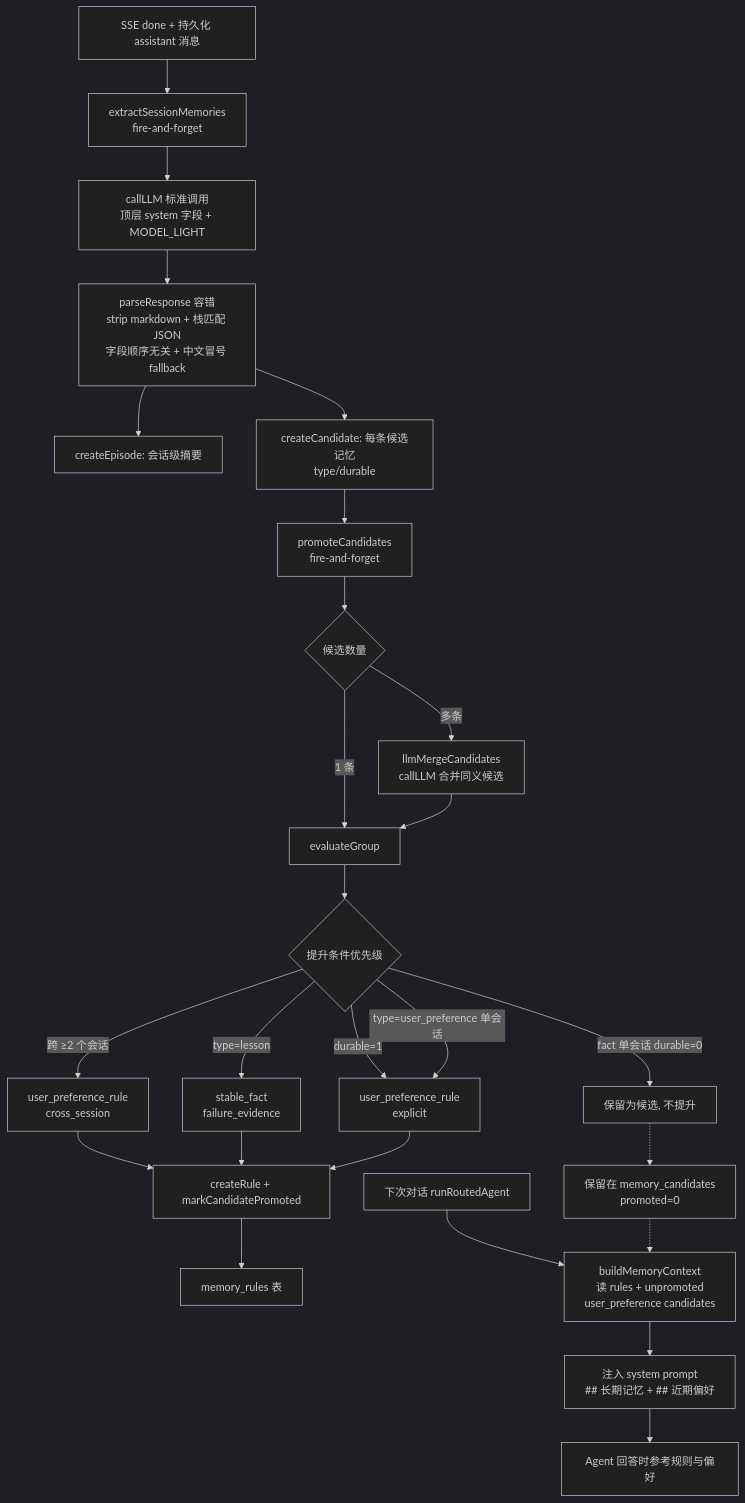
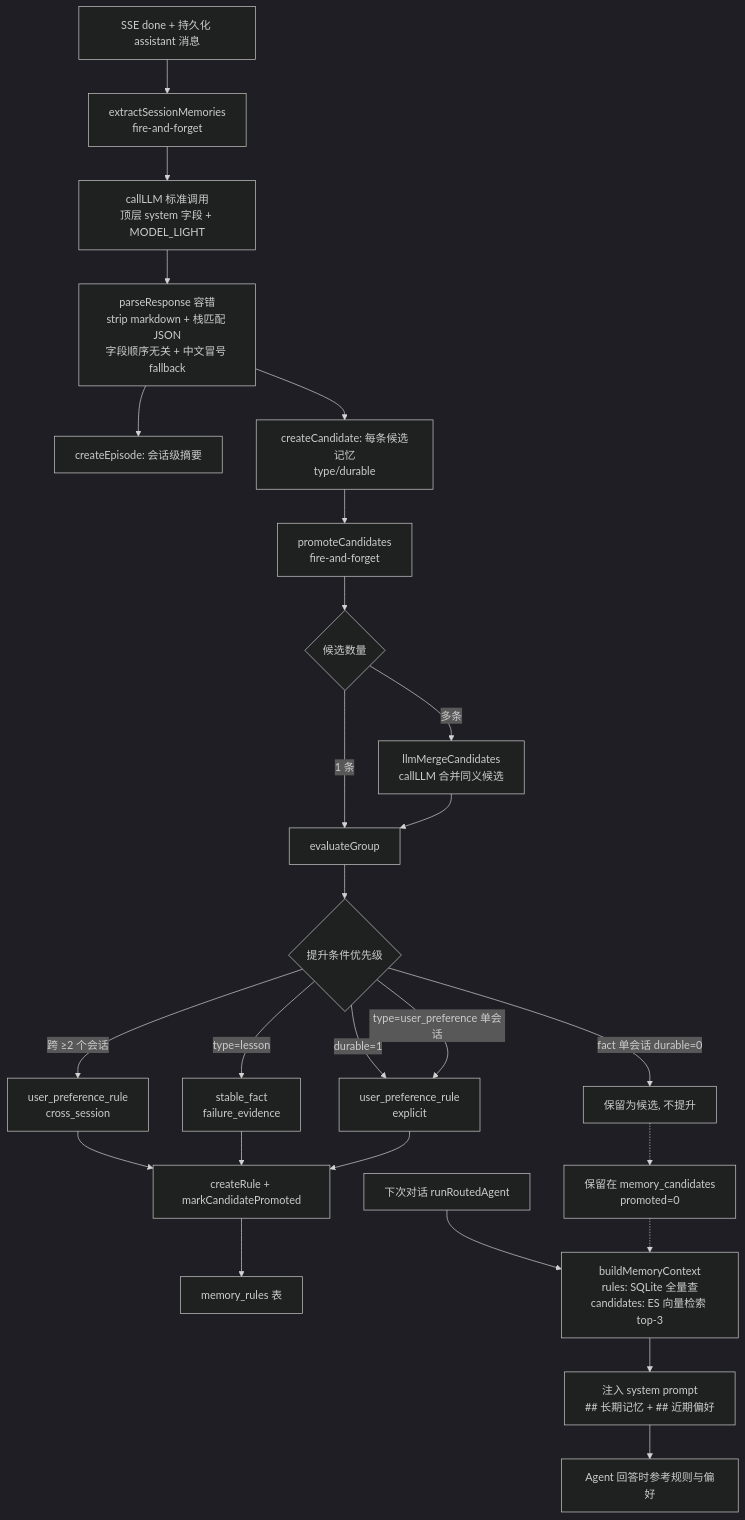
Before and after one commit to xiongaming879-create/agent: the fourth of 8 diagrams in README.md, drawn with Mermaid (dark theme). The commit also changed other lines of this file and 22 other files, not shown here.

````diff
--- a/README.md
+++ b/README.md
@@ -457,32 +453,32 @@
 ```mermaid
 flowchart TD
     A[SSE done + 持久化 assistant 消息] --> B[extractSessionMemories<br/>fire-and-forget]
     B --> C[callLLM 标准调用<br/>顶层 system 字段 + MODEL_LIGHT]
     C --> C2[parseResponse 容错<br/>strip markdown + 栈匹配 JSON<br/>字段顺序无关 + 中文冒号 fallback]
     C2 --> D[createEpisode: 会话级摘要]
     C2 --> E[createCandidate: 每条候选记忆<br/>type/durable]
     E --> F[promoteCandidates<br/>fire-and-forget]
 
     F --> G{候选数量}
     G -- 1 条 --> H[evaluateGroup]
     G -- 多条 --> I[llmMergeCandidates<br/>callLLM 合并同义候选]
     I --> H
 
     H --> J{提升条件优先级}
     J -- 跨 ≥2 个会话 --> K[user_preference_rule<br/>cross_session]
     J -- type=lesson --> L[stable_fact<br/>failure_evidence]
     J -- durable=1 --> M[user_preference_rule<br/>explicit]
     J -- type=user_preference 单会话 --> M
     J -- fact 单会话 durable=0 --> N[保留为候选, 不提升]
 
     K --> O[createRule + markCandidatePromoted]
     L --> O
     M --> O
     O --> P[memory_rules 表]
     N -.-> RR[保留在 memory_candidates<br/>promoted=0]
 
-    Q[下次对话 runRoutedAgent] --> R[buildMemoryContext<br/>读 rules + unpromoted<br/>user_preference candidates]
+    Q[下次对话 runRoutedAgent] --> R[buildMemoryContext<br/>rules: SQLite 全量查<br/>candidates: ES 向量检索 top-3]
     R --> S[注入 system prompt<br/>## 长期记忆 + ## 近期偏好]
     S --> T[Agent 回答时参考规则与偏好]
     RR -.-> R
 ```
````
